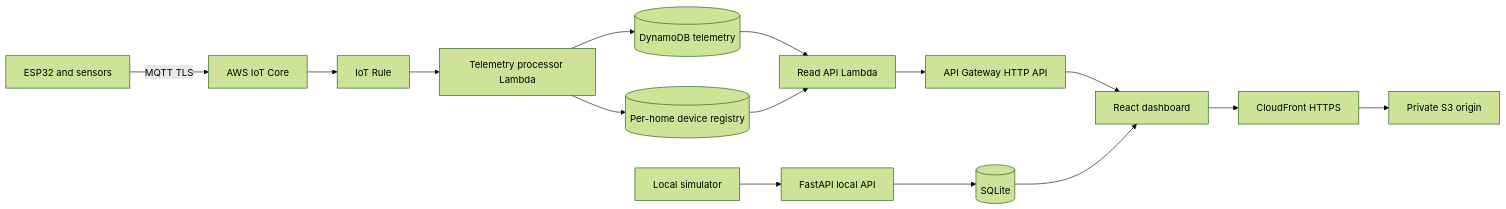
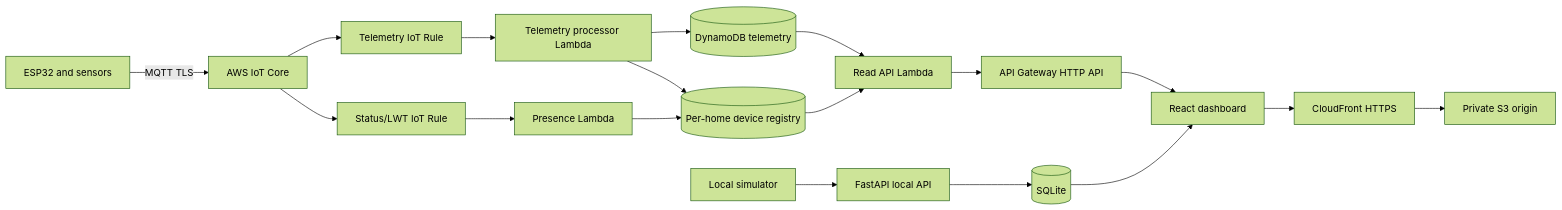
Before and after one commit to SLakshmiGanesh/iot-aws: the diagram in docs/ARCHITECTURE.md, drawn with Mermaid (forest theme).

Commit message:
Document presence, retention, and monitoring features

````diff
--- a/docs/ARCHITECTURE.md
+++ b/docs/ARCHITECTURE.md
@@ -3,17 +3,20 @@
 ```mermaid
 flowchart LR
   ESP[ESP32 and sensors] -->|MQTT TLS| IOT[AWS IoT Core]
-  IOT --> RULE[IoT Rule]
+  IOT --> RULE[Telemetry IoT Rule]
+  IOT --> PRES[Status/LWT IoT Rule]
   RULE --> PROC[Telemetry processor Lambda]
+  PRES --> STATUS[Presence Lambda]
+  STATUS --> REG
   PROC --> HIST[(DynamoDB telemetry)]
   PROC --> REG[(Per-home device registry)]
   HIST --> READ[Read API Lambda]
   REG --> READ
   READ --> APIGW[API Gateway HTTP API]
   APIGW --> UI[React dashboard]
   UI --> CF[CloudFront HTTPS]
   CF --> S3[Private S3 origin]
   SIM[Local simulator] --> FAST[FastAPI local API]
   FAST --> SQLITE[(SQLite)]
   SQLITE --> UI
 ```
````
